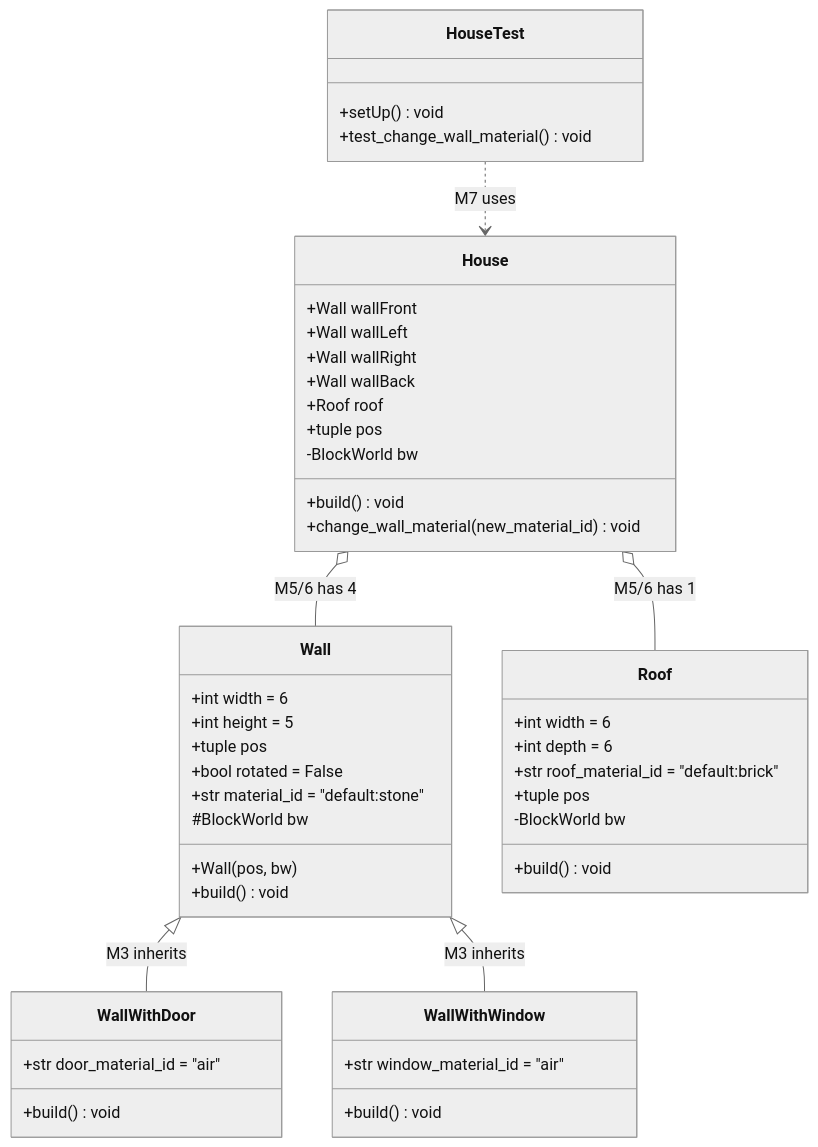
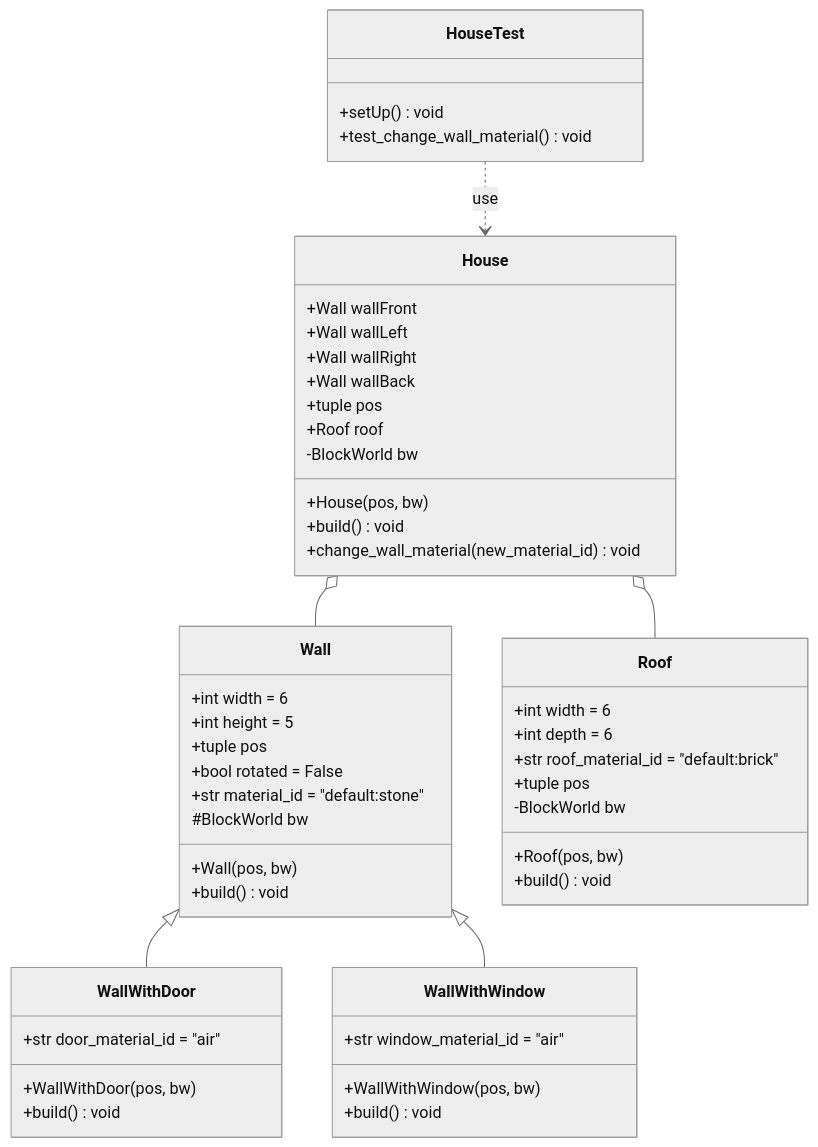
Diagram 12 of 12 in docs/concepts.md (gavg0/minecraft_school), drawn with Mermaid (neutral theme) before and after one commit. The commit also changed other lines of this file and 18 other files, not shown here.

First line of the commit message:
Milestones 3-7: wall subclasses, visibility, Roof, House, HouseTest

````diff
--- a/docs/concepts.md
+++ b/docs/concepts.md
@@ -186,49 +337,53 @@
 ```mermaid
 classDiagram
     class Wall {
         +int width = 6
         +int height = 5
         +tuple pos
         +bool rotated = False
         +str material_id = "default:stone"
         #BlockWorld bw
         +Wall(pos, bw)
         +build() void
     }
     class WallWithDoor {
         +str door_material_id = "air"
+        +WallWithDoor(pos, bw)
         +build() void
     }
     class WallWithWindow {
         +str window_material_id = "air"
+        +WallWithWindow(pos, bw)
         +build() void
     }
     class Roof {
         +int width = 6
         +int depth = 6
         +str roof_material_id = "default:brick"
         +tuple pos
         -BlockWorld bw
+        +Roof(pos, bw)
         +build() void
     }
     class House {
         +Wall wallFront
         +Wall wallLeft
         +Wall wallRight
         +Wall wallBack
+        +tuple pos
         +Roof roof
-        +tuple pos
         -BlockWorld bw
+        +House(pos, bw)
         +build() void
         +change_wall_material(new_material_id) void
     }
     class HouseTest {
         +setUp() void
         +test_change_wall_material() void
     }
-    Wall <|-- WallWithDoor : M3 inherits
-    Wall <|-- WallWithWindow : M3 inherits
-    House o-- Wall : M5/6 has 4
-    House o-- Roof : M5/6 has 1
-    HouseTest ..> House : M7 uses
+    Wall <|-- WallWithDoor
+    Wall <|-- WallWithWindow
+    House o-- Wall
+    House o-- Roof
+    HouseTest ..> House : use
 ```
````
